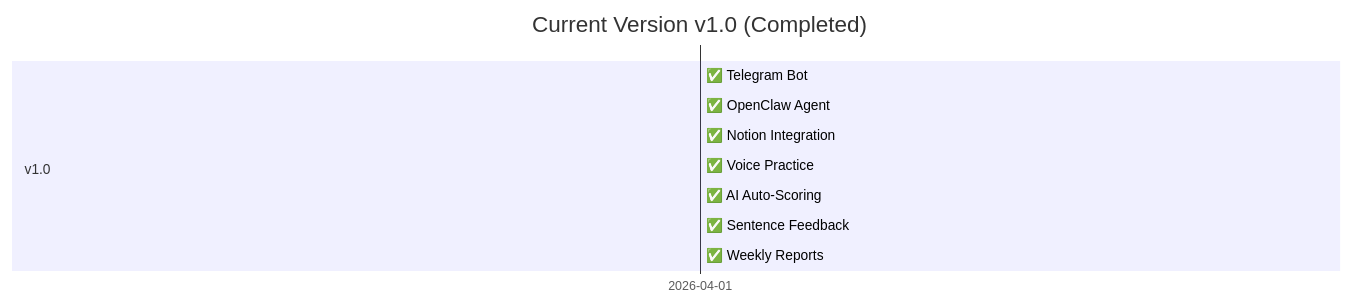
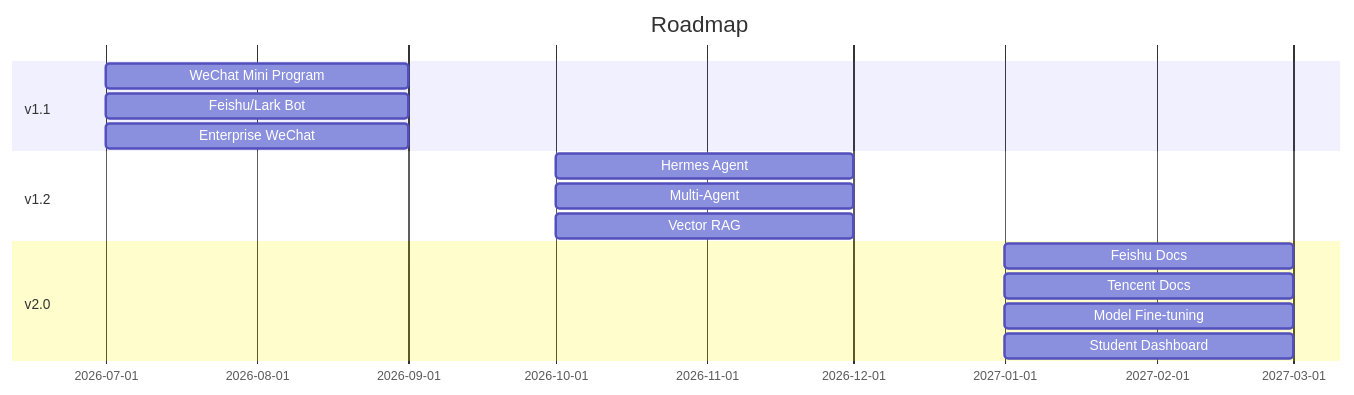
Before and after one commit to KaichenCurry/ielts-speaking-ai: the tenth of 11 diagrams in README_en.md, drawn with Mermaid. The commit also changed other lines of this file and 1 other file, not shown here.

First line of the commit message:
Convert all ASCII diagrams to Mermaid flowcharts

````diff
--- a/README_en.md
+++ b/README_en.md
@@ -271,13 +363,18 @@
 ```mermaid
 gantt
-    title Current Version v1.0 (Completed)
+    title Roadmap
     dateFormat  YYYY-MM
-    section v1.0
-    ✅ Telegram Bot          :2026-04-01, 2026-04-15
-    ✅ OpenClaw Agent       :2026-04-01, 2026-04-15
-    ✅ Notion Integration    :2026-04-01, 2026-04-15
-    ✅ Voice Practice        :2026-04-01, 2026-04-15
-    ✅ AI Auto-Scoring      :2026-04-01, 2026-04-15
-    ✅ Sentence Feedback    :2026-04-01, 2026-04-15
-    ✅ Weekly Reports       :2026-04-01, 2026-04-15
+    section v1.1
+    WeChat Mini Program       :2026-07, 2026-09
+    Feishu/Lark Bot         :2026-07, 2026-09
+    Enterprise WeChat         :2026-07, 2026-09
+    section v1.2
+    Hermes Agent             :2026-10, 2026-12
+    Multi-Agent              :2026-10, 2026-12
+    Vector RAG               :2026-10, 2026-12
+    section v2.0
+    Feishu Docs              :2027-01, 2027-03
+    Tencent Docs             :2027-01, 2027-03
+    Model Fine-tuning         :2027-01, 2027-03
+    Student Dashboard        :2027-01, 2027-03
 ```
````
